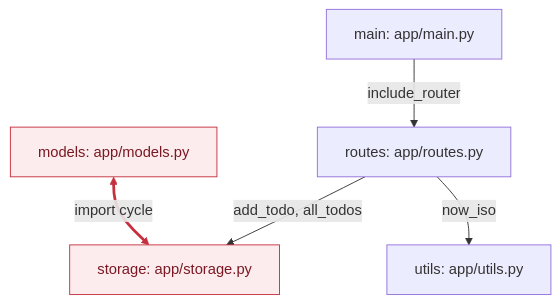
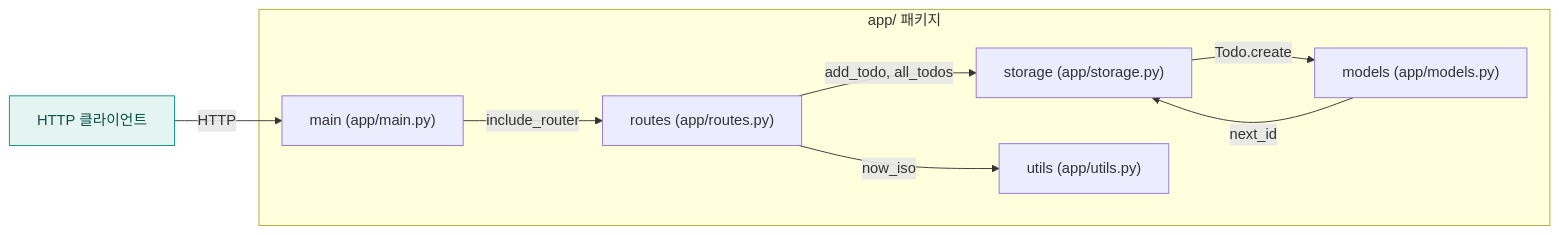
The third of 3 diagrams in examples/python-todo-api/docs/codemap/architecture.md (hxxnn/codemap), drawn with Mermaid before and after one commit. The commit also changed other lines of this file and 44 other files, not shown here.

````diff
--- a/examples/python-todo-api/docs/codemap/architecture.md
+++ b/examples/python-todo-api/docs/codemap/architecture.md
@@ -44,15 +45,18 @@
 ```mermaid
-flowchart TD
-    main["main: app/main.py"]
-    routes["routes: app/routes.py"]
-    models["models: app/models.py"]
-    storage["storage: app/storage.py"]
-    utils["utils: app/utils.py"]
-    models <-->|"import cycle"| storage
-    main -->|"include_router"| routes
-    routes -->|"add_todo, all_todos"| storage
-    routes -->|"now_iso"| utils
-    linkStyle 0 stroke:#C62F3E,stroke-width:3px
-    classDef cycle fill:#FDECEE,stroke:#C62F3E,color:#7A1823
-    class models,storage cycle
+flowchart LR
+  user["HTTP 클라이언트"]:::external
+  subgraph app["app/ 패키지"]
+    main["main (app/main.py)"]
+    routes["routes (app/routes.py)"]
+    models["models (app/models.py)"]
+    storage["storage (app/storage.py)"]
+    utils["utils (app/utils.py)"]
+  end
+  user -->|"HTTP"| main
+  main -->|"include_router"| routes
+  routes -->|"add_todo, all_todos"| storage
+  routes -->|"now_iso"| utils
+  storage -->|"Todo.create"| models
+  models -->|"next_id"| storage
+  classDef external fill:#E3F4F1,stroke:#0E8F83,color:#0B4F49
 ```
````
